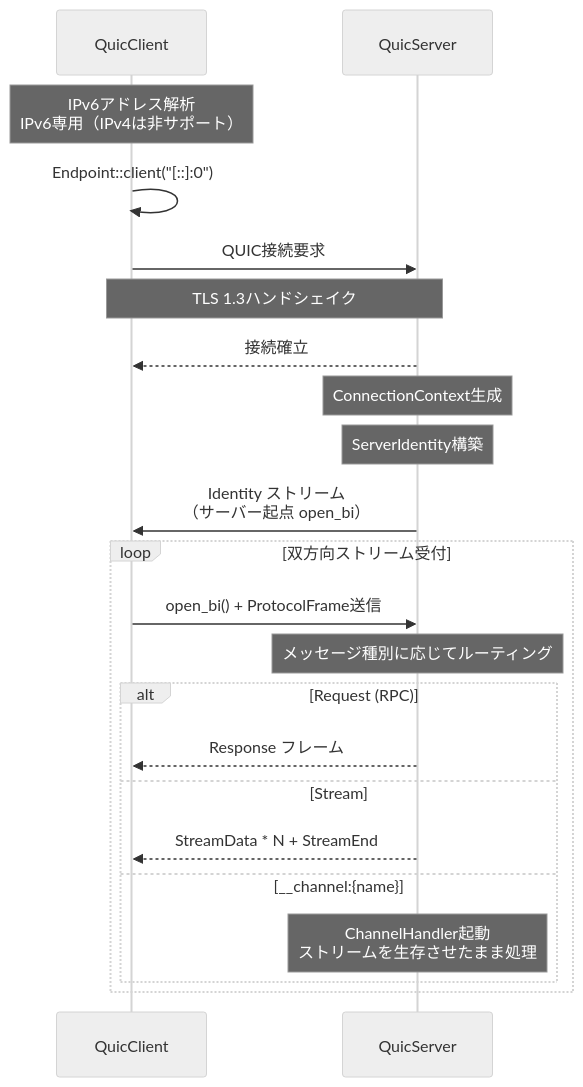
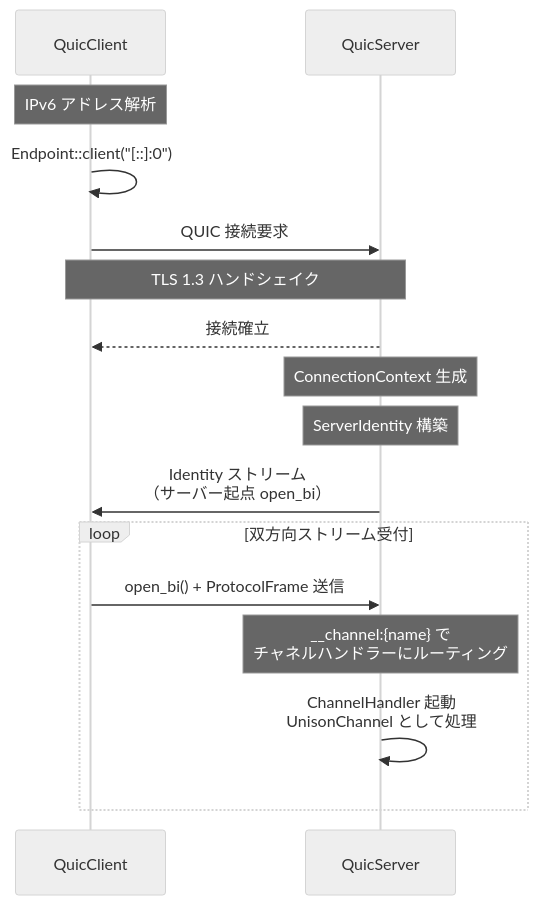
Before and after one commit to chronista-club/unison: the eighth of 9 diagrams in spec/01-core-concept/SPEC.md, drawn with Mermaid (neutral theme). The commit also changed other lines of this file and 33 other files, not shown here.

First line of the commit message:
feat: Unified Channel — RPC を全廃し全通信をチャネルに統合 (#15)

````diff
--- a/spec/01-core-concept/SPEC.md
+++ b/spec/01-core-concept/SPEC.md
@@ -390,28 +326,22 @@
 ```mermaid
 sequenceDiagram
     participant C as QuicClient
     participant S as QuicServer
 
-    Note over C: IPv6アドレス解析<br/>IPv6専用（IPv4は非サポート）
+    Note over C: IPv6 アドレス解析
     C->>C: Endpoint::client("[::]:0")
-    C->>S: QUIC接続要求
-    Note over C,S: TLS 1.3ハンドシェイク
+    C->>S: QUIC 接続要求
+    Note over C,S: TLS 1.3 ハンドシェイク
     S-->>C: 接続確立
 
-    Note over S: ConnectionContext生成
-    Note over S: ServerIdentity構築
+    Note over S: ConnectionContext 生成
+    Note over S: ServerIdentity 構築
 
     S->>C: Identity ストリーム<br/>（サーバー起点 open_bi）
 
     loop 双方向ストリーム受付
-        C->>S: open_bi() + ProtocolFrame送信
-        Note over S: メッセージ種別に応じてルーティング
-        alt Request (RPC)
-            S-->>C: Response フレーム
-        else Stream
-            S-->>C: StreamData * N + StreamEnd
-        else __channel:{name}
-            Note over S: ChannelHandler起動<br/>ストリームを生存させたまま処理
-        end
+        C->>S: open_bi() + ProtocolFrame 送信
+        Note over S: __channel:{name} で<br/>チャネルハンドラーにルーティング
+        S->>S: ChannelHandler 起動<br/>UnisonChannel として処理
     end
 ```
````
